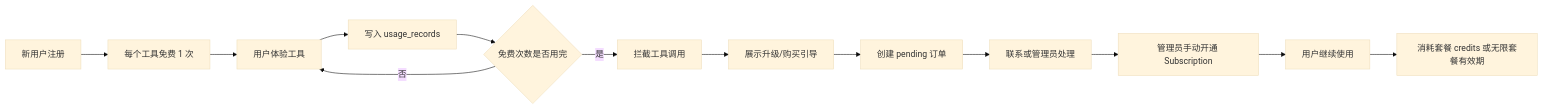
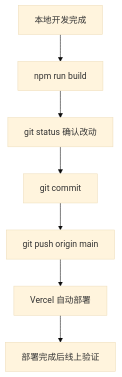
Diagram 11 of 11 in docs/AI工具箱V2.0完整技术文档.md (yan073747/ai-office-toolbox), drawn with Mermaid (base theme) before and after one commit. The commit also changed other lines of this file, not shown here.

````diff
--- a/docs/AI工具箱V2.0完整技术文档.md
+++ b/docs/AI工具箱V2.0完整技术文档.md
@@ -1158,15 +1194,9 @@
 ```mermaid
-flowchart LR
-  A["新用户注册"] --> B["每个工具免费 1 次"]
-  B --> C["用户体验工具"]
-  C --> D["写入 usage_records"]
-  D --> E{"免费次数是否用完"}
-  E -- 否 --> C
-  E -- 是 --> F["拦截工具调用"]
-  F --> G["展示升级/购买引导"]
-  G --> H["创建 pending 订单"]
-  H --> I["联系或管理员处理"]
-  I --> J["管理员手动开通 Subscription"]
-  J --> K["用户继续使用"]
-  K --> L["消耗套餐 credits 或无限套餐有效期"]
+flowchart TD
+  A["本地开发完成"] --> B["npm run build"]
+  B --> C["git status 确认改动"]
+  C --> D["git commit"]
+  D --> E["git push origin main"]
+  E --> F["Vercel 自动部署"]
+  F --> G["部署完成后线上验证"]
 ```
````
